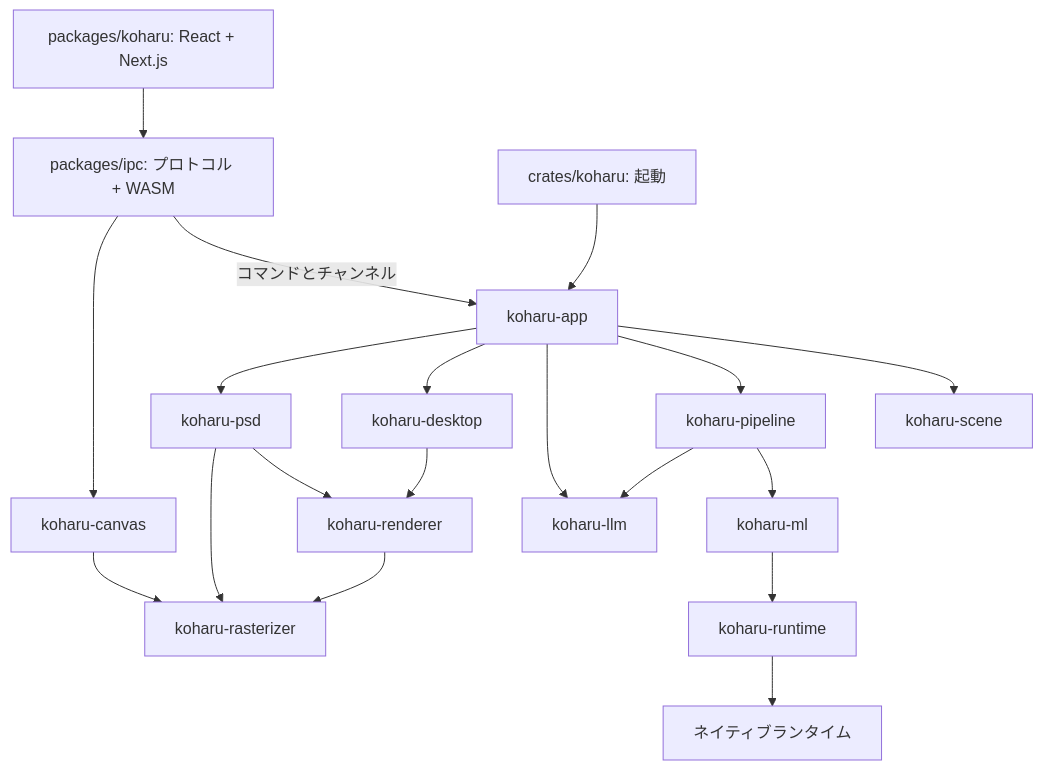
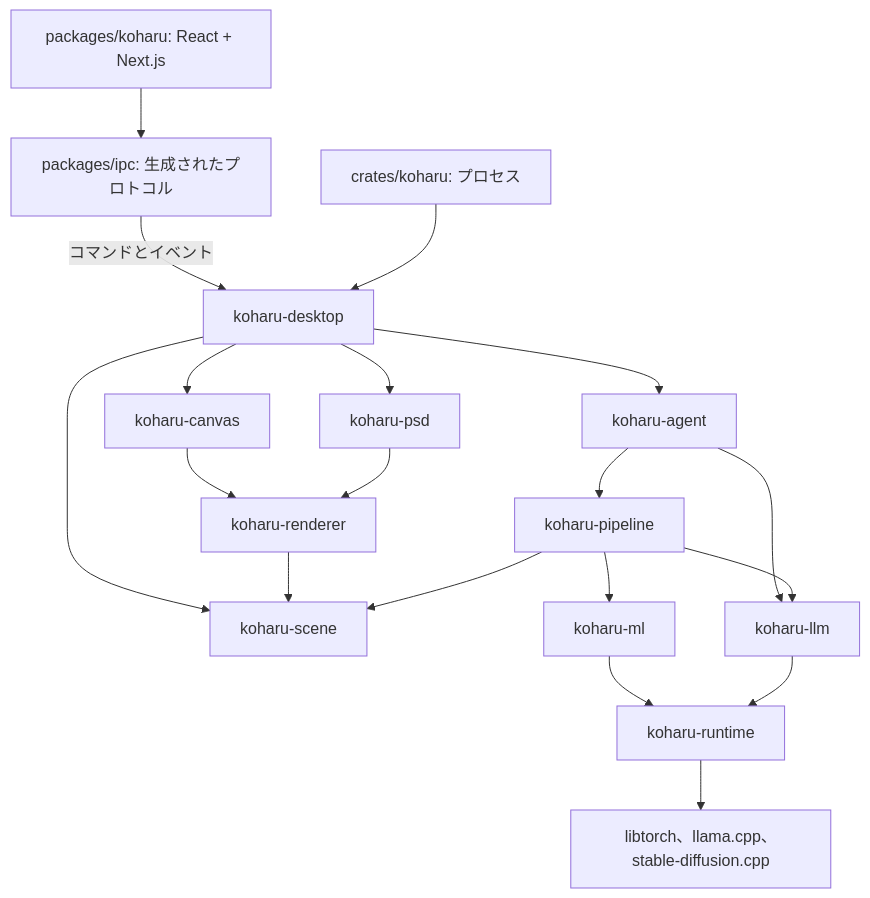
One commit to Endymi0n74/Koharu changed the diagram in packages/docs/ja/development/architecture.mdx. Above: the diagram before and after it, drawn with Mermaid. The commit also changed other lines of this file and 75 other files, not shown here.

````diff
--- a/packages/docs/ja/development/architecture.mdx
+++ b/packages/docs/ja/development/architecture.mdx
@@ -9,14 +9,18 @@
 ```mermaid
 flowchart TB
-  ui["packages/koharu: React + Next.js"] --> ipc["packages/ipc: プロトコル + WASM"]
-  entry["crates/koharu: 起動"] --> app["koharu-app"]
-  ipc -->|"コマンドとチャンネル"| app
-  app --> scene["koharu-scene"]
-  app --> pipeline["koharu-pipeline"] --> ml["koharu-ml"] --> runtime["koharu-runtime"] --> native["ネイティブランタイム"]
-  app --> llm["koharu-llm"]
+  ui["packages/koharu: React + Next.js"] --> ipc["packages/ipc: 生成されたプロトコル"]
+  ipc -->|"コマンドとイベント"| desktop["koharu-desktop"]
+  entry["crates/koharu: プロセス"] --> desktop
+  desktop --> canvas["koharu-canvas"] --> renderer["koharu-renderer"]
+  desktop --> psd["koharu-psd"] --> renderer
+  desktop --> agent["koharu-agent"]
+  desktop --> scene["koharu-scene"]
+  agent --> pipeline["koharu-pipeline"]
+  agent --> llm["koharu-llm"]
   pipeline --> llm
-  app --> desktop["koharu-desktop"] --> renderer["koharu-renderer"] --> rasterizer["koharu-rasterizer"]
-  ipc --> canvas["koharu-canvas"] --> rasterizer
-  app --> psd["koharu-psd"] --> renderer
-  psd --> rasterizer
+  pipeline --> ml["koharu-ml"] --> runtime["koharu-runtime"]
+  llm --> runtime
+  renderer --> scene
+  pipeline --> scene
+  runtime --> native["libtorch、llama.cpp、stable-diffusion.cpp"]
 ```
````
